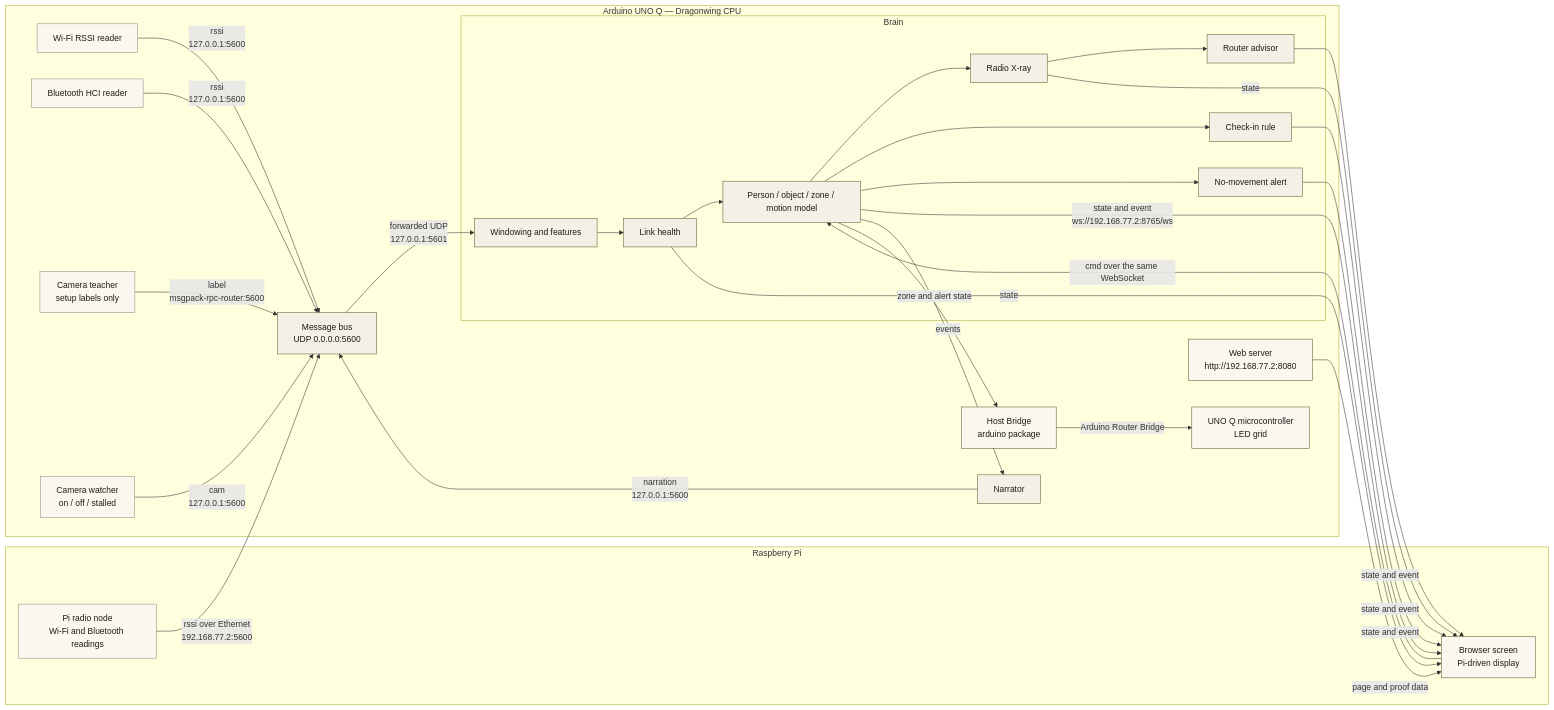
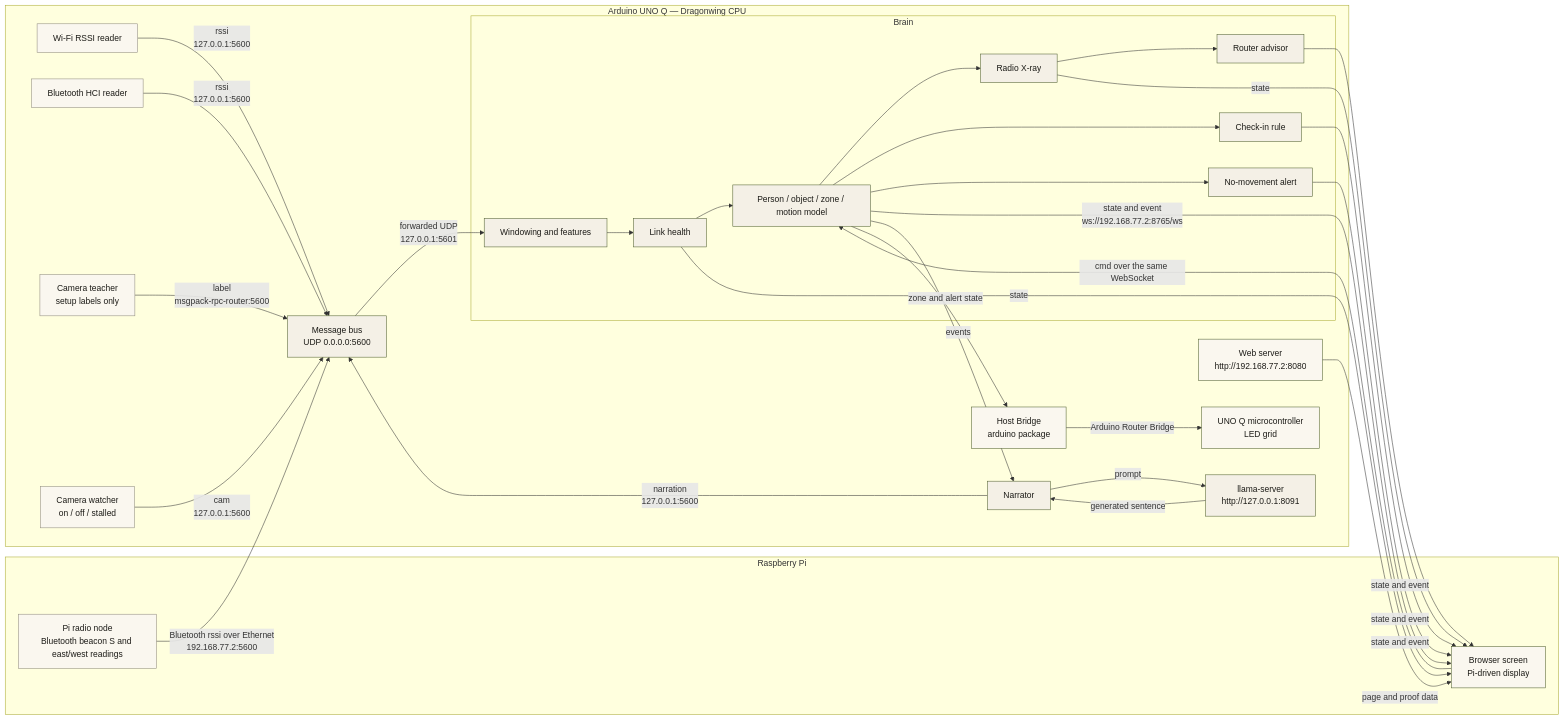
The diagram in docs/architecture.md (alebarojas2026/echo), drawn with Mermaid before and after one commit. The commit also changed other lines of this file and 1 other file, not shown here.

Commit message:
Fix architecture radio and narrator paths

````diff
--- a/docs/architecture.md
+++ b/docs/architecture.md
@@ -5,65 +5,68 @@
 ```mermaid
 flowchart LR
     subgraph PI["Raspberry Pi"]
-        PI_RADIO["Pi radio node<br/>Wi-Fi and Bluetooth readings"]
+        PI_RADIO["Pi radio node<br/>Bluetooth beacon S and east/west readings"]
         SCREEN["Browser screen<br/>Pi-driven display"]
     end
 
     subgraph UNO["Arduino UNO Q — Dragonwing CPU"]
         WIFI["Wi-Fi RSSI reader"]
         BLE["Bluetooth HCI reader"]
         TEACHER["Camera teacher<br/>setup labels only"]
         CAMWATCH["Camera watcher<br/>on / off / stalled"]
         BUS["Message bus<br/>UDP 0.0.0.0:5600"]
 
         subgraph BRAIN["Brain"]
             FEATURES["Windowing and features"]
             HEALTH["Link health"]
             MODEL["Person / object / zone / motion model"]
             XRAY["Radio X-ray"]
             CHECKIN["Check-in rule"]
             ALERT["No-movement alert"]
             ADVISOR["Router advisor"]
         end
 
         NARRATOR["Narrator"]
+        LLAMA["llama-server<br/>http://127.0.0.1:8091"]
         SERVE["Web server<br/>http://192.168.77.2:8080"]
         BRIDGE["Host Bridge<br/>arduino package"]
         LED["UNO Q microcontroller<br/>LED grid"]
     end
 
-    PI_RADIO -->|"rssi over Ethernet<br/>192.168.77.2:5600"| BUS
+    PI_RADIO -->|"Bluetooth rssi over Ethernet<br/>192.168.77.2:5600"| BUS
     WIFI -->|"rssi<br/>127.0.0.1:5600"| BUS
     BLE -->|"rssi<br/>127.0.0.1:5600"| BUS
     TEACHER -->|"label<br/>msgpack-rpc-router:5600"| BUS
     CAMWATCH -->|"cam<br/>127.0.0.1:5600"| BUS
 
     BUS -->|"forwarded UDP<br/>127.0.0.1:5601"| FEATURES
     FEATURES --> HEALTH
     HEALTH --> MODEL
     MODEL --> XRAY
     MODEL --> CHECKIN
     MODEL --> ALERT
     XRAY --> ADVISOR
 
     MODEL -->|"state and event<br/>ws://192.168.77.2:8765/ws"| SCREEN
     XRAY -->|"state"| SCREEN
     HEALTH -->|"state"| SCREEN
     CHECKIN -->|"state and event"| SCREEN
     ALERT -->|"state and event"| SCREEN
     ADVISOR -->|"state and event"| SCREEN
     SERVE -->|"page and proof data"| SCREEN
     SCREEN -->|"cmd over the same WebSocket"| MODEL
 
     MODEL -->|"events"| NARRATOR
+    NARRATOR -->|"prompt"| LLAMA
+    LLAMA -->|"generated sentence"| NARRATOR
     NARRATOR -->|"narration<br/>127.0.0.1:5600"| BUS
     MODEL -->|"zone and alert state"| BRIDGE
     BRIDGE -->|"Arduino Router Bridge"| LED
 
     classDef source fill:#FAF7EF,stroke:#8F8A7E,color:#1C1B17;
     classDef core fill:#F4F0E6,stroke:#4F5E2E,color:#1C1B17;
     classDef output fill:#FAF7EF,stroke:#4F5E2E,color:#1C1B17;
     class PI_RADIO,WIFI,BLE,TEACHER,CAMWATCH source;
-    class BUS,FEATURES,HEALTH,MODEL,XRAY,CHECKIN,ALERT,ADVISOR,NARRATOR core;
+    class BUS,FEATURES,HEALTH,MODEL,XRAY,CHECKIN,ALERT,ADVISOR,NARRATOR,LLAMA core;
     class SCREEN,SERVE,BRIDGE,LED output;
 ```
````
